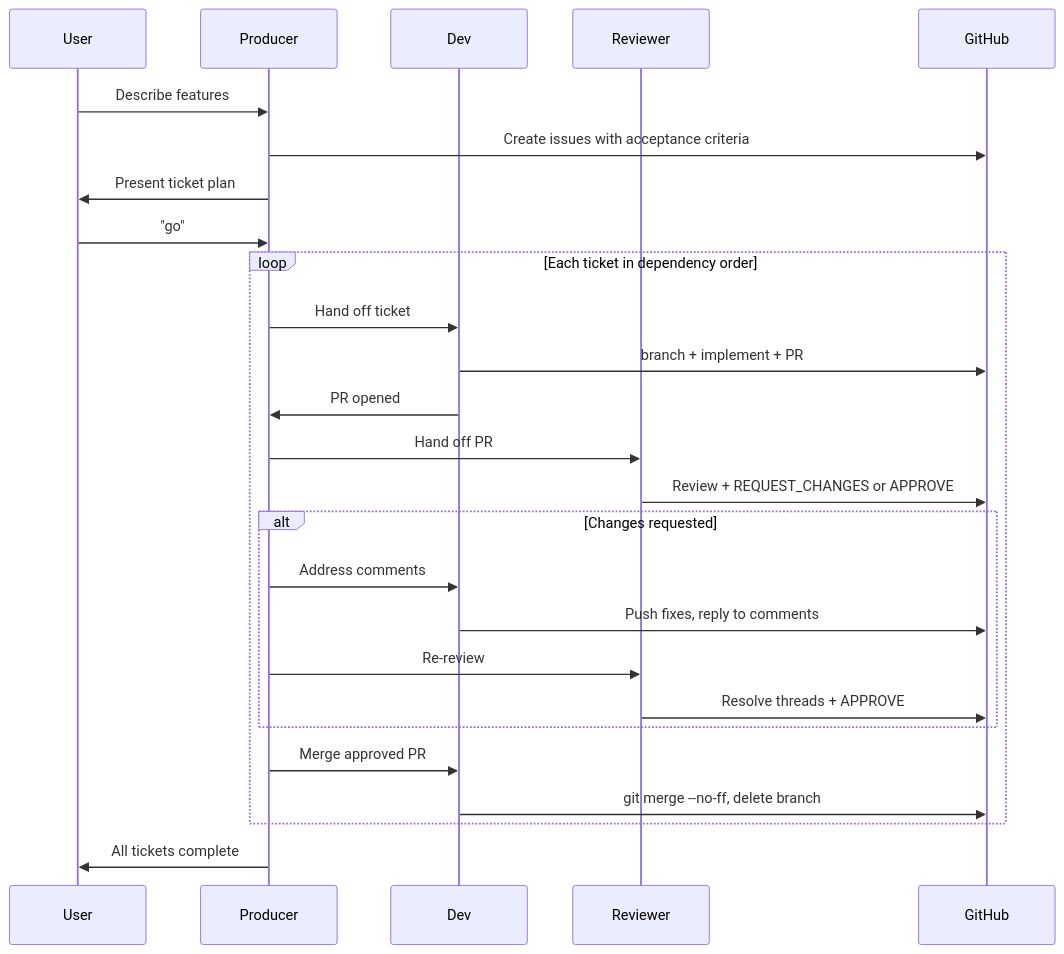
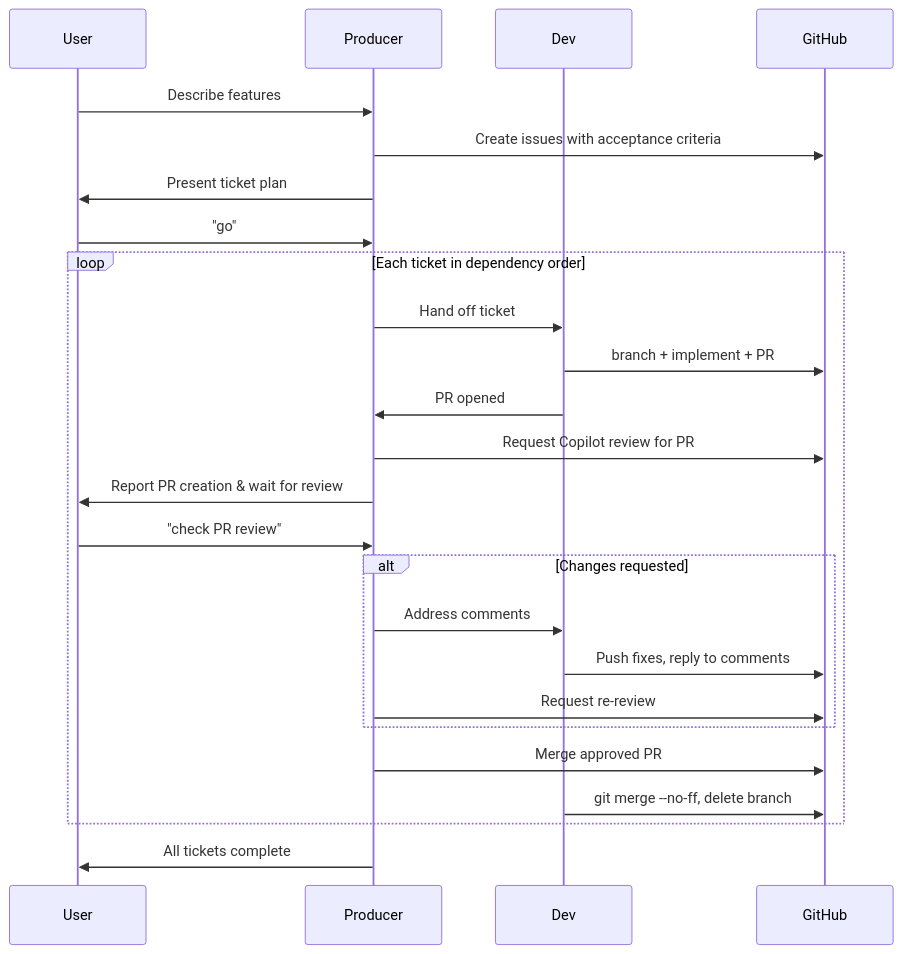
One commit to gersseba/garden changed the diagram in docs/project-documentation/13-ticket-workflow/index.md. Above: the diagram before and after it, drawn with Mermaid. The commit also changed other lines of this file and 5 other files, not shown here.

Commit message:
fix: update documentation to reflect GitHub review terminology

````diff
--- a/docs/project-documentation/13-ticket-workflow/index.md
+++ b/docs/project-documentation/13-ticket-workflow/index.md
@@ -50,34 +50,34 @@
 ```mermaid
 sequenceDiagram
     participant User
     participant Producer
     participant Dev
-    participant Reviewer
     participant GitHub
 
     User->>Producer: Describe features
     Producer->>GitHub: Create issues with acceptance criteria
     Producer->>User: Present ticket plan
     User->>Producer: "go"
 
     loop Each ticket in dependency order
         Producer->>Dev: Hand off ticket #{N}
         Dev->>GitHub: branch + implement + PR
         Dev->>Producer: PR opened
-
-        Producer->>Reviewer: Hand off PR #{N}
-        Reviewer->>GitHub: Review + REQUEST_CHANGES or APPROVE
+        
+        Producer->>GitHub: Request Copilot review for PR #{N}
+        Producer->>User: Report PR creation & wait for review
+        
+        User->>Producer: "check PR review"
 
         alt Changes requested
             Producer->>Dev: Address comments
             Dev->>GitHub: Push fixes, reply to comments
-            Producer->>Reviewer: Re-review
-            Reviewer->>GitHub: Resolve threads + APPROVE
+            Producer->>GitHub: Request re-review
         end
 
-        Producer->>Dev: Merge approved PR
+        Producer->>GitHub: Merge approved PR
         Dev->>GitHub: git merge --no-ff, delete branch
     end
 
     Producer->>User: All tickets complete
 ```
````
